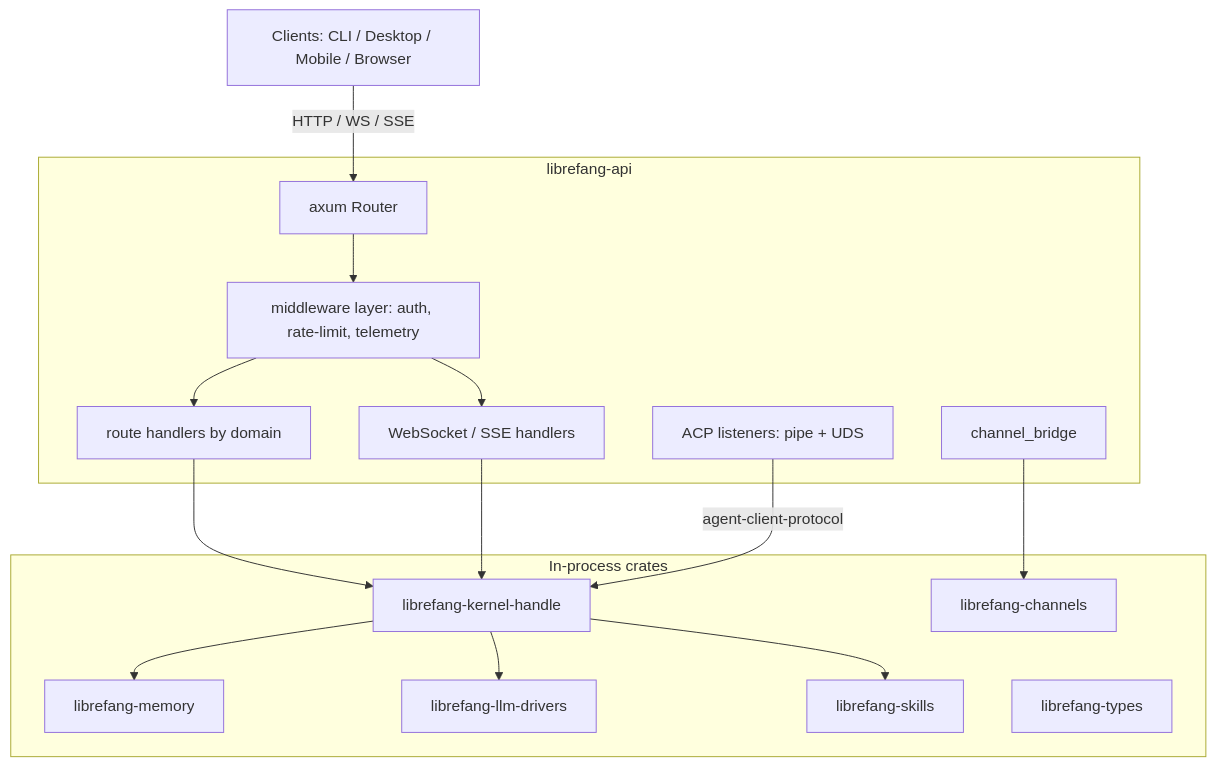
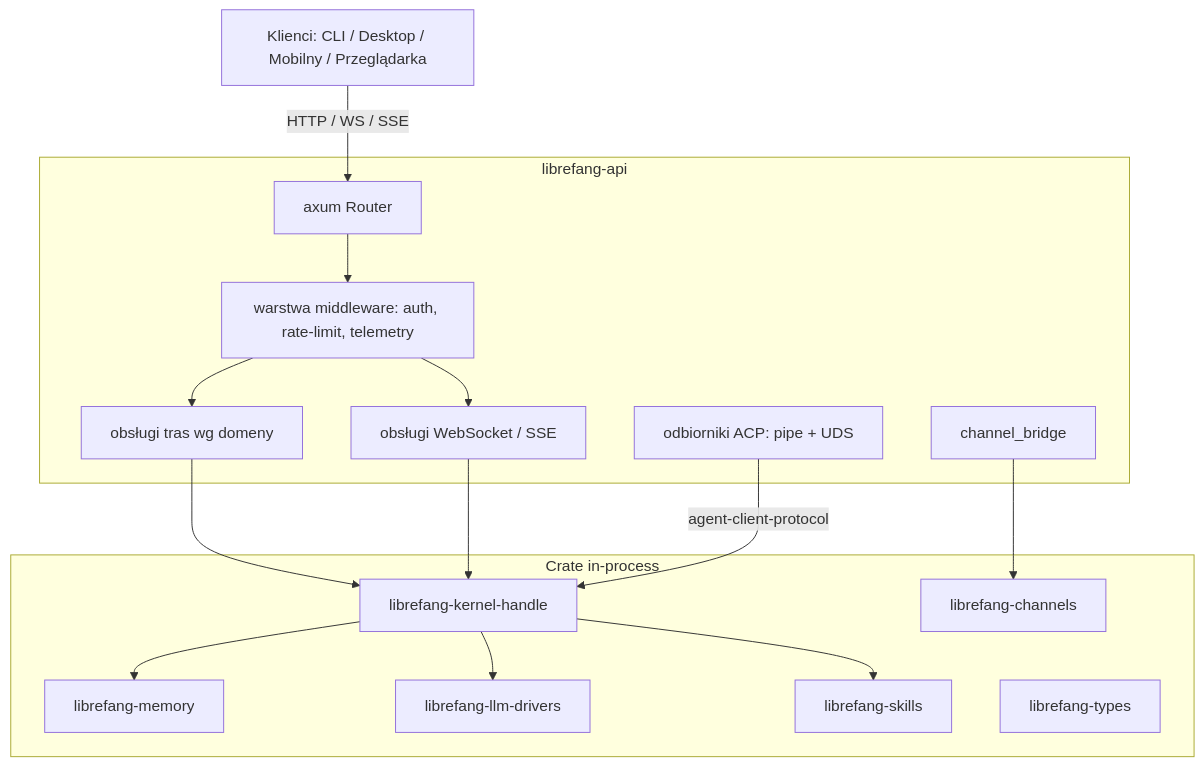
Before and after one commit to leszek3737/librefang-WIki: the diagram in crates-librefang-api.md, drawn with Mermaid. The commit also changed other lines of this file and 104 other files, not shown here.

````diff
--- a/crates-librefang-api.md
+++ b/crates-librefang-api.md
@@ -11,34 +11,34 @@
 ```mermaid
 graph TB
-    Client[Clients: CLI / Desktop / Mobile / Browser]
+    Client[Klienci: CLI / Desktop / Mobilny / Przeglądarka]
 
     subgraph API[librefang-api]
         Router[axum Router]
-        MW[middleware layer: auth, rate-limit, telemetry]
-        Routes[route handlers by domain]
-        WS[WebSocket / SSE handlers]
-        ACP[ACP listeners: pipe + UDS]
+        MW[warstwa middleware: auth, rate-limit, telemetry]
+        Routes[obsługi tras wg domeny]
+        WS[obsługi WebSocket / SSE]
+        ACP[odbiorniki ACP: pipe + UDS]
         Bridge[channel_bridge]
     end
 
-    subgraph Kernel[In-process crates]
+    subgraph Kernel[Crate in-process]
         KH[librefang-kernel-handle]
         Mem[librefang-memory]
         Chan[librefang-channels]
         LLM[librefang-llm-drivers]
         Skills[librefang-skills]
         Types[librefang-types]
     end
 
     Client -->|HTTP / WS / SSE| Router
     Router --> MW
     MW --> Routes
     MW --> WS
     Routes --> KH
     WS --> KH
     ACP -->|agent-client-protocol| KH
     Bridge --> Chan
     KH --> Mem
     KH --> LLM
     KH --> Skills
 ```
````
